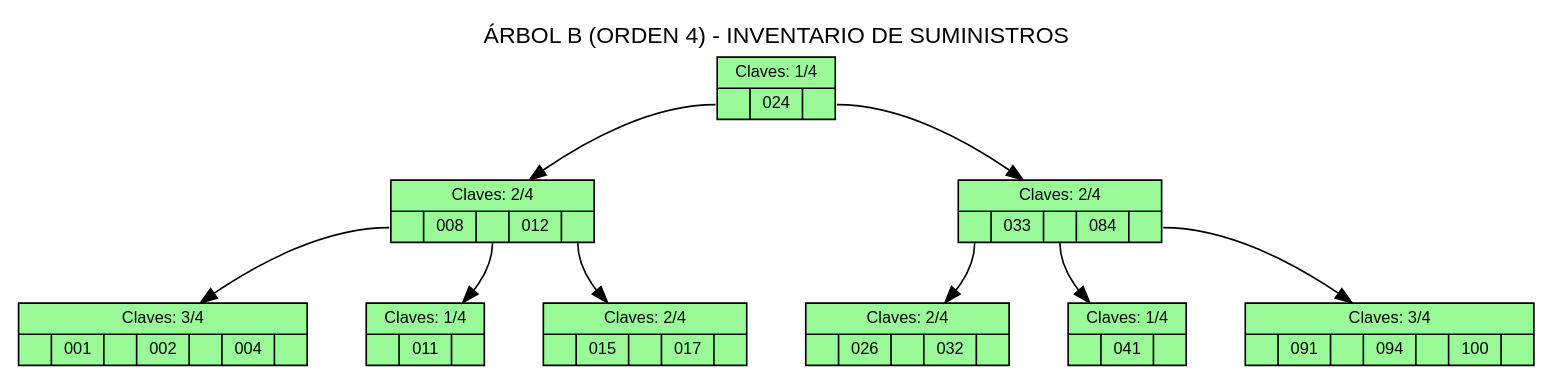
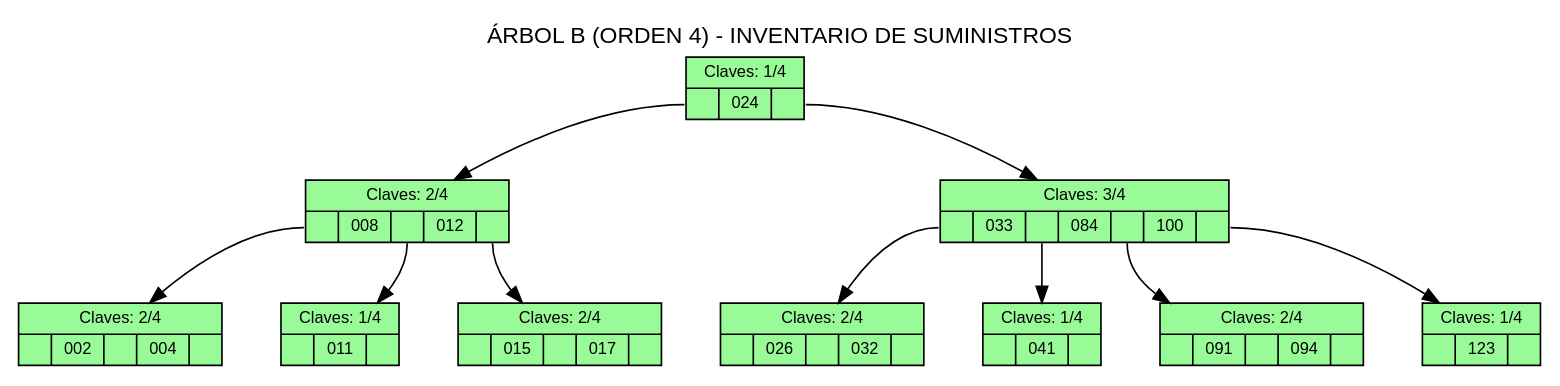
One commit to Wicho45/EDD_1S2026_PY_202300727 changed the diagram in EDD_Proyecto1_Fase2/Imagenes/reporte_suministros_btree.dot. Above: the diagram before and after it, drawn with Graphviz. The commit also changed 32 other files, not shown here.

```diff
--- a/EDD_Proyecto1_Fase2/Imagenes/reporte_suministros_btree.dot
+++ b/EDD_Proyecto1_Fase2/Imagenes/reporte_suministros_btree.dot
@@ -1,25 +1,27 @@
 digraph G {
     graph [ranksep=0.5, nodesep=0.5, fontname="Arial"];
     node [shape=record, fontname="Arial", fontsize=10, style=filled];
     edge [fontname="Arial", fontsize=8];
     label="ÁRBOL B (ORDEN 4) - INVENTARIO DE SUMINISTROS";
     labelloc="t";
 
-    "ModeloNodoBHASH0xa0304a558" [label="{ Claves: 1/4 | { <p0> | 024 | <p1> } }", fillcolor="palegreen"];
-    "ModeloNodoBHASH0xa0304a558":p0 -> "ModeloNodoBHASH0xa0304af48";
-    "ModeloNodoBHASH0xa0304af48" [label="{ Claves: 2/4 | { <p0> | 008 | <p1> | 012 | <p2> } }", fillcolor="palegreen"];
-    "ModeloNodoBHASH0xa0304af48":p0 -> "ModeloNodoBHASH0xa0304a3a8";
-    "ModeloNodoBHASH0xa0304a3a8" [label="{ Claves: 3/4 | { <p0> | 001 | <p1> | 002 | <p2> | 004 | <p3> } }", fillcolor="palegreen"];
-    "ModeloNodoBHASH0xa0304af48":p1 -> "ModeloNodoBHASH0xa0379bf78";
-    "ModeloNodoBHASH0xa0379bf78" [label="{ Claves: 1/4 | { <p0> | 011 | <p1> } }", fillcolor="palegreen"];
-    "ModeloNodoBHASH0xa0304af48":p2 -> "ModeloNodoBHASH0xa03798360";
-    "ModeloNodoBHASH0xa03798360" [label="{ Claves: 2/4 | { <p0> | 015 | <p1> | 017 | <p2> } }", fillcolor="palegreen"];
-    "ModeloNodoBHASH0xa0304a558":p1 -> "ModeloNodoBHASH0xa0379bf60";
-    "ModeloNodoBHASH0xa0379bf60" [label="{ Claves: 2/4 | { <p0> | 033 | <p1> | 084 | <p2> } }", fillcolor="palegreen"];
-    "ModeloNodoBHASH0xa0379bf60":p0 -> "ModeloNodoBHASH0xa0304af30";
-    "ModeloNodoBHASH0xa0304af30" [label="{ Claves: 2/4 | { <p0> | 026 | <p1> | 032 | <p2> } }", fillcolor="palegreen"];
-    "ModeloNodoBHASH0xa0379bf60":p1 -> "ModeloNodoBHASH0xa036ea660";
-    "ModeloNodoBHASH0xa036ea660" [label="{ Claves: 1/4 | { <p0> | 041 | <p1> } }", fillcolor="palegreen"];
-    "ModeloNodoBHASH0xa0379bf60":p2 -> "ModeloNodoBHASH0xa0379b1f8";
-    "ModeloNodoBHASH0xa0379b1f8" [label="{ Claves: 3/4 | { <p0> | 091 | <p1> | 094 | <p2> | 100 | <p3> } }", fillcolor="palegreen"];
+    "ModeloNodoBHASH0xc5faef6c0" [label="{ Claves: 1/4 | { <p0> | 024 | <p1> } }", fillcolor="palegreen"];
+    "ModeloNodoBHASH0xc5faef6c0":p0 -> "ModeloNodoBHASH0xc5f44a0c0";
+    "ModeloNodoBHASH0xc5f44a0c0" [label="{ Claves: 2/4 | { <p0> | 008 | <p1> | 012 | <p2> } }", fillcolor="palegreen"];
+    "ModeloNodoBHASH0xc5f44a0c0":p0 -> "ModeloNodoBHASH0xc5faef4f8";
+    "ModeloNodoBHASH0xc5faef4f8" [label="{ Claves: 2/4 | { <p0> | 002 | <p1> | 004 | <p2> } }", fillcolor="palegreen"];
+    "ModeloNodoBHASH0xc5f44a0c0":p1 -> "ModeloNodoBHASH0xc5f4500f0";
+    "ModeloNodoBHASH0xc5f4500f0" [label="{ Claves: 1/4 | { <p0> | 011 | <p1> } }", fillcolor="palegreen"];
+    "ModeloNodoBHASH0xc5f44a0c0":p2 -> "ModeloNodoBHASH0xc5f44b4b0";
+    "ModeloNodoBHASH0xc5f44b4b0" [label="{ Claves: 2/4 | { <p0> | 015 | <p1> | 017 | <p2> } }", fillcolor="palegreen"];
+    "ModeloNodoBHASH0xc5faef6c0":p1 -> "ModeloNodoBHASH0xc5f4500c0";
+    "ModeloNodoBHASH0xc5f4500c0" [label="{ Claves: 3/4 | { <p0> | 033 | <p1> | 084 | <p2> | 100 | <p3> } }", fillcolor="palegreen"];
+    "ModeloNodoBHASH0xc5f4500c0":p0 -> "ModeloNodoBHASH0xc5f44a0a8";
+    "ModeloNodoBHASH0xc5f44a0a8" [label="{ Claves: 2/4 | { <p0> | 026 | <p1> | 032 | <p2> } }", fillcolor="palegreen"];
+    "ModeloNodoBHASH0xc5f4500c0":p1 -> "ModeloNodoBHASH0xc5f4517b0";
+    "ModeloNodoBHASH0xc5f4517b0" [label="{ Claves: 1/4 | { <p0> | 041 | <p1> } }", fillcolor="palegreen"];
+    "ModeloNodoBHASH0xc5f4500c0":p2 -> "ModeloNodoBHASH0xc5f44e348";
+    "ModeloNodoBHASH0xc5f44e348" [label="{ Claves: 2/4 | { <p0> | 091 | <p1> | 094 | <p2> } }", fillcolor="palegreen"];
+    "ModeloNodoBHASH0xc5f4500c0":p3 -> "ModeloNodoBHASH0xc5f5c6b70";
+    "ModeloNodoBHASH0xc5f5c6b70" [label="{ Claves: 1/4 | { <p0> | 123 | <p1> } }", fillcolor="palegreen"];
 }
```
